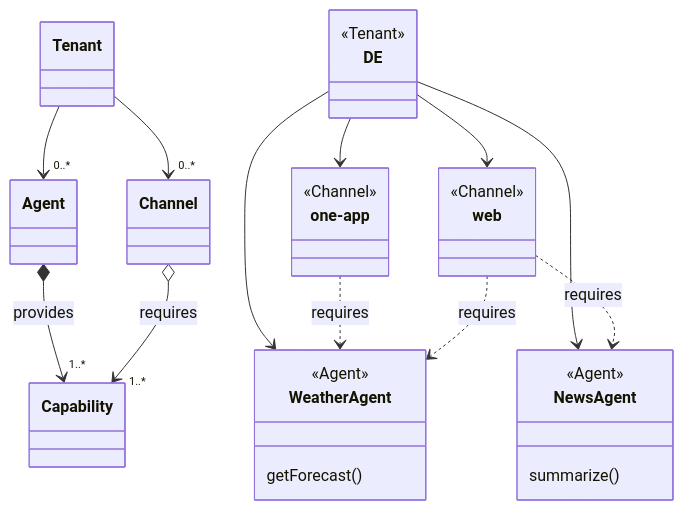
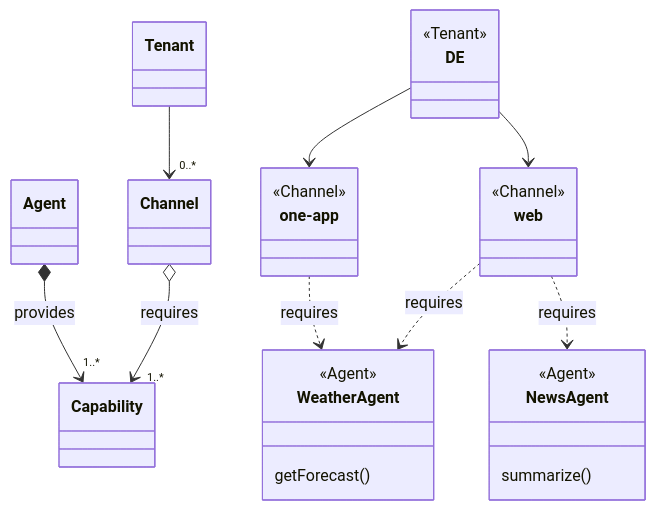
The first of 2 diagrams in slides.md (lmos-ai/lmos-talk), drawn with Mermaid before and after one commit. The commit also changed other lines of this file and 1 other file, not shown here.

````diff
--- a/slides.md
+++ b/slides.md
@@ -487,41 +485,37 @@
 ```mermaid
 classDiagram
 
 Tenant --> "0..*" Channel
-Tenant --> "0..*" Agent
 
 Agent *--> "1..*" Capability: provides
 
 Channel o--> "1..*" Capability: requires
 
 class one-app{
     <<Channel>>
 }
 class web{
     <<Channel>>
 }
 class DE{
     <<Tenant>>
 }
 
 class WeatherAgent{
     <<Agent>>
     getForecast()
 }
 class NewsAgent{
     <<Agent>>
     summarize()
 }
 
 DE --> one-app
 DE --> web
 
-DE --> WeatherAgent
-DE --> NewsAgent
-
 one-app ..> WeatherAgent: requires
 web ..> WeatherAgent: requires
 web ..> NewsAgent: requires
 
 
 ```
````
